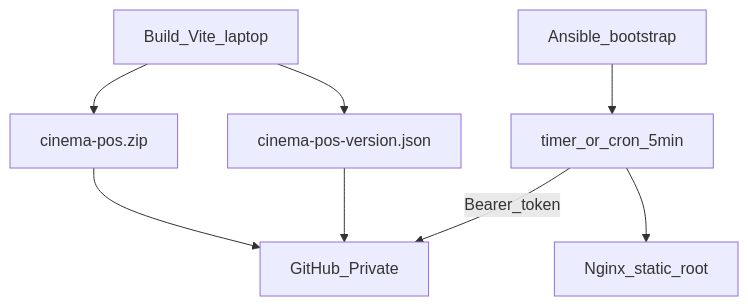
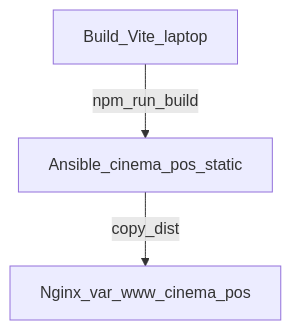
Before and after one commit to alfanridho54/learning_ansible: the diagram in docs/architecture.md, drawn with Mermaid. The commit also changed other lines of this file and 21 other files, not shown here.

````diff
--- a/docs/architecture.md
+++ b/docs/architecture.md
@@ -14,16 +14,9 @@
 ```mermaid
 flowchart TD
   laptop[Build_Vite_laptop]
-  zip[cinema-pos.zip]
-  ver[cinema-pos-version.json]
-  gh[GitHub_Private]
-  ansible[Ansible_bootstrap]
-  timer[timer_or_cron_5min]
-  nginx[Nginx_static_root]
+  ansible[Ansible_cinema_pos_static]
+  nginx[Nginx_var_www_cinema_pos]
 
-  laptop --> zip --> gh
-  laptop --> ver --> gh
-  ansible --> timer
-  timer -->|Bearer_token| gh
-  timer --> nginx
+  laptop -->|npm_run_build| ansible
+  ansible -->|copy_dist| nginx
 ```
````
